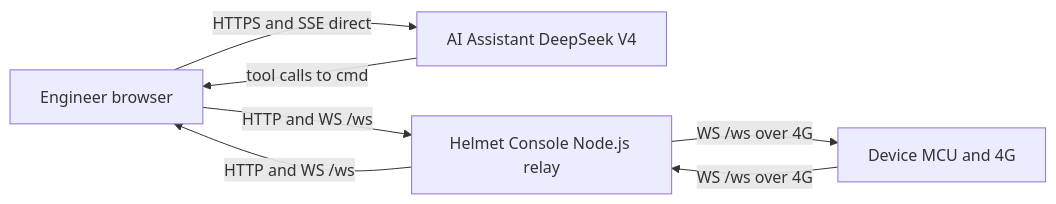
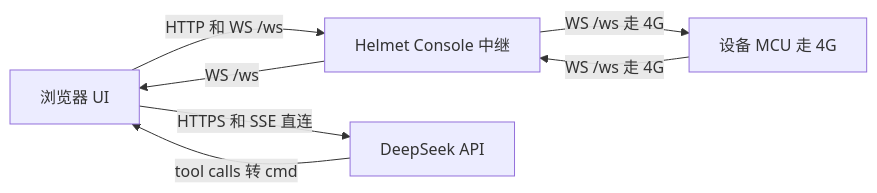
Before and after one commit to rsecss/helmet-console: the diagram in README.md, drawn with Mermaid. The commit also changed other lines of this file and 6 other files, not shown here.

````diff
--- a/README.md
+++ b/README.md
@@ -83,14 +126,14 @@
 ```mermaid
 flowchart LR
-    eng[Engineer browser]
-    ai[AI Assistant DeepSeek V4]
-    server[Helmet Console Node.js relay]
-    dev[Device MCU and 4G]
+    browser[浏览器 UI]
+    relay[Helmet Console 中继]
+    device[设备 MCU 走 4G]
+    deepseek[DeepSeek API]
 
-    eng -->|HTTP and WS /ws| server
-    server -->|HTTP and WS /ws| eng
-    eng -->|HTTPS and SSE direct| ai
-    ai -->|tool calls to cmd| eng
-    dev -->|WS /ws over 4G| server
-    server -->|WS /ws over 4G| dev
+    browser -->|HTTP 和 WS /ws| relay
+    relay -->|WS /ws| browser
+    device -->|WS /ws 走 4G| relay
+    relay -->|WS /ws 走 4G| device
+    browser -->|HTTPS 和 SSE 直连| deepseek
+    deepseek -->|tool calls 转 cmd| browser
 ```
````
